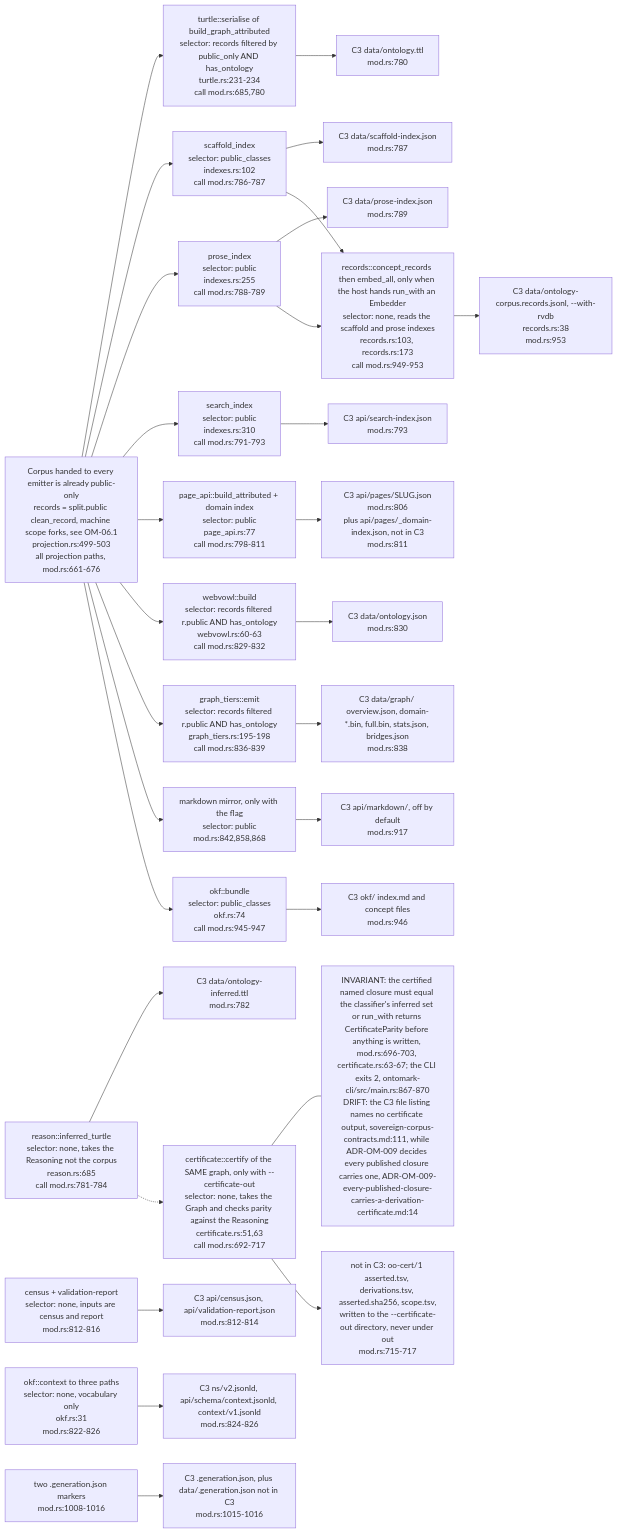
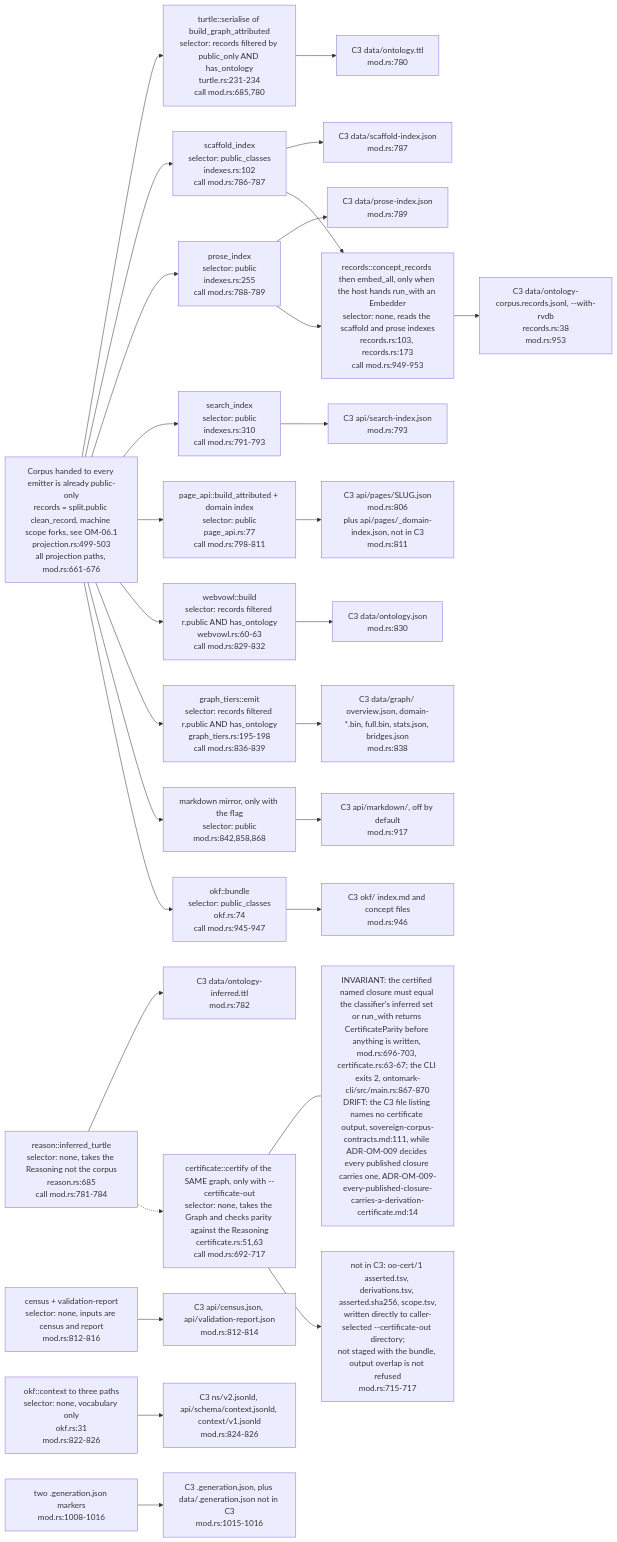
One commit to DreamLab-AI/VisionFlow changed the first of 7 diagrams in docs/diagrams/ontomark/04-emitters-turtle-indexes-tiers-and-contract-c3.md. Above: the diagram before and after it, drawn with Mermaid. The commit also changed other lines of this file and 47 other files, not shown here.

````diff
--- a/docs/diagrams/ontomark/04-emitters-turtle-indexes-tiers-and-contract-c3.md
+++ b/docs/diagrams/ontomark/04-emitters-turtle-indexes-tiers-and-contract-c3.md
@@ -34,40 +34,40 @@
 ```mermaid
 flowchart LR
     PROJ["Corpus handed to every emitter is already public-only<br/>records = split.public clean_record, machine scope forks, see OM-06.1<br/>projection.rs:499-503<br/>all projection paths, mod.rs:661-676"]
     TTL["turtle::serialise of build_graph_attributed<br/>selector: records filtered by public_only AND has_ontology<br/>turtle.rs:231-234<br/>call mod.rs:685,780"]
     INF["reason::inferred_turtle<br/>selector: none, takes the Reasoning not the corpus<br/>reason.rs:685<br/>call mod.rs:781-784"]
     SCA["scaffold_index<br/>selector: public_classes<br/>indexes.rs:102<br/>call mod.rs:786-787"]
     PRO["prose_index<br/>selector: public<br/>indexes.rs:255<br/>call mod.rs:788-789"]
     SRCH["search_index<br/>selector: public<br/>indexes.rs:310<br/>call mod.rs:791-793"]
     PG["page_api::build_attributed + domain index<br/>selector: public<br/>page_api.rs:77<br/>call mod.rs:798-811"]
     CEN["census + validation-report<br/>selector: none, inputs are census and report<br/>mod.rs:812-816"]
     CTX["okf::context to three paths<br/>selector: none, vocabulary only<br/>okf.rs:31<br/>mod.rs:822-826"]
     VOWL["webvowl::build<br/>selector: records filtered r.public AND has_ontology<br/>webvowl.rs:60-63<br/>call mod.rs:829-832"]
     TIER["graph_tiers::emit<br/>selector: records filtered r.public AND has_ontology<br/>graph_tiers.rs:195-198<br/>call mod.rs:836-839"]
     MIR["markdown mirror, only with the flag<br/>selector: public<br/>mod.rs:842,858,868"]
     OKF["okf::bundle<br/>selector: public_classes<br/>okf.rs:74<br/>call mod.rs:945-947"]
     GEN["two .generation.json markers<br/>mod.rs:1008-1016"]
     CERT["certificate::certify of the SAME graph, only with --certificate-out<br/>selector: none, takes the Graph and checks parity against the Reasoning<br/>certificate.rs:51,63<br/>call mod.rs:692-717"]
     PROJ --> TTL & SCA & PRO & SRCH & PG & VOWL & TIER & MIR & OKF
     TTL --> C1["C3 data/ontology.ttl<br/>mod.rs:780"]
     INF --> C2["C3 data/ontology-inferred.ttl<br/>mod.rs:782"]
     SCA --> C3["C3 data/scaffold-index.json<br/>mod.rs:787"]
     PRO --> C4["C3 data/prose-index.json<br/>mod.rs:789"]
     SRCH --> C5["C3 api/search-index.json<br/>mod.rs:793"]
     PG --> C6["C3 api/pages/SLUG.json<br/>mod.rs:806<br/>plus api/pages/_domain-index.json, not in C3<br/>mod.rs:811"]
     CEN --> C7["C3 api/census.json, api/validation-report.json<br/>mod.rs:812-814"]
     CTX --> C8["C3 ns/v2.jsonld, api/schema/context.jsonld, context/v1.jsonld<br/>mod.rs:824-826"]
     VOWL --> C9["C3 data/ontology.json<br/>mod.rs:830"]
     TIER --> C10["C3 data/graph/ overview.json, domain-*.bin, full.bin, stats.json, bridges.json<br/>mod.rs:838"]
     MIR --> C11["C3 api/markdown/, off by default<br/>mod.rs:917"]
     OKF --> C12["C3 okf/ index.md and concept files<br/>mod.rs:946"]
     GEN --> C13["C3 .generation.json, plus data/.generation.json not in C3<br/>mod.rs:1015-1016"]
     INF -.-> CERT
     NC["INVARIANT: the certified named closure must equal the classifier's inferred set or run_with returns CertificateParity before anything is written, mod.rs:696-703, certificate.rs:63-67; the CLI exits 2, ontomark-cli/src/main.rs:867-870<br/>DRIFT: the C3 file listing names no certificate output, sovereign-corpus-contracts.md:111, while ADR-OM-009 decides every published closure carries one, ADR-OM-009-every-published-closure-carries-a-derivation-certificate.md:14"]
     CERT --- NC
-    CERT --> C15["not in C3: oo-cert/1 asserted.tsv, derivations.tsv, asserted.sha256, scope.tsv,<br/>written to the --certificate-out directory, never under out<br/>mod.rs:715-717"]
+    CERT --> C15["not in C3: oo-cert/1 asserted.tsv, derivations.tsv, asserted.sha256, scope.tsv,<br/>written directly to caller-selected --certificate-out directory;<br/>not staged with the bundle, output overlap is not refused<br/>mod.rs:715-717"]
     REC["records::concept_records then embed_all, only when the host hands run_with an Embedder<br/>selector: none, reads the scaffold and prose indexes<br/>records.rs:103, records.rs:173<br/>call mod.rs:949-953"]
     SCA --> REC
     PRO --> REC
     REC --> C14["C3 data/ontology-corpus.records.jsonl, --with-rvdb<br/>records.rs:38<br/>mod.rs:953"]
 ```
````
